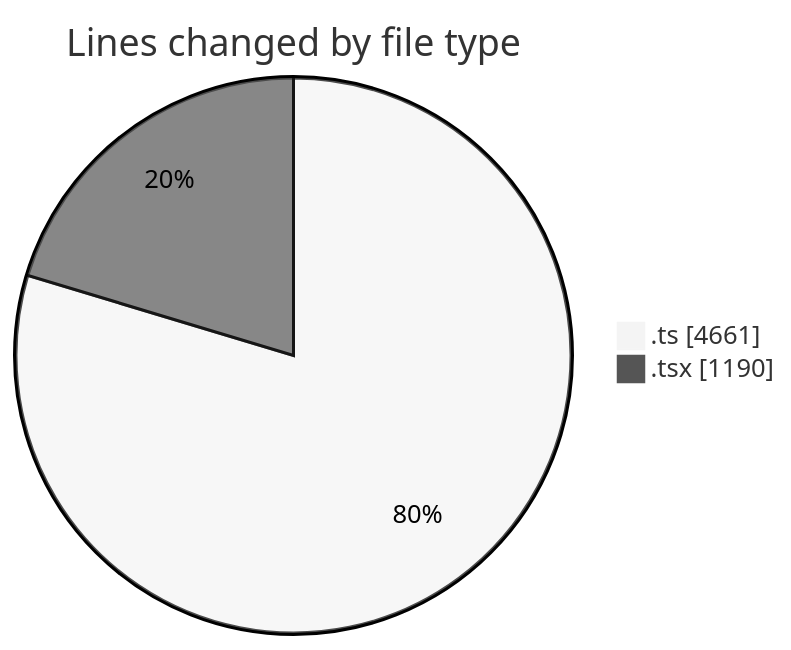
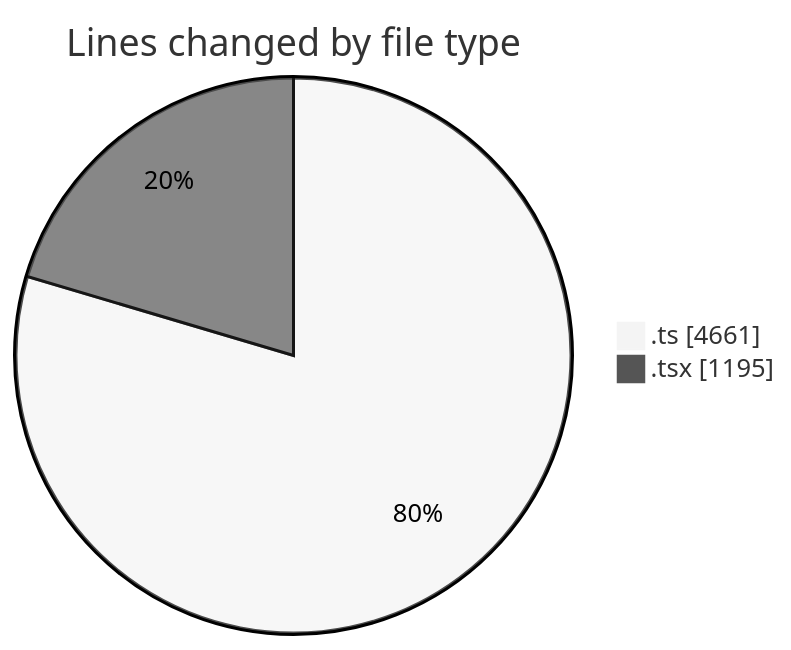
Before and after one commit to JenPaints/code-tracking: the first of 2 diagrams in 2025-07-25/cohera/README.md, drawn with Mermaid (neutral theme). The commit also changed other lines of this file and 1 other file, not shown here.

````diff
--- a/2025-07-25/cohera/README.md
+++ b/2025-07-25/cohera/README.md
@@ -30,6 +30,6 @@
 ```mermaid
 pie showData
 title Lines changed by file type
 ".ts" : 4661
-".tsx" : 1190
+".tsx" : 1195
 ```
````
